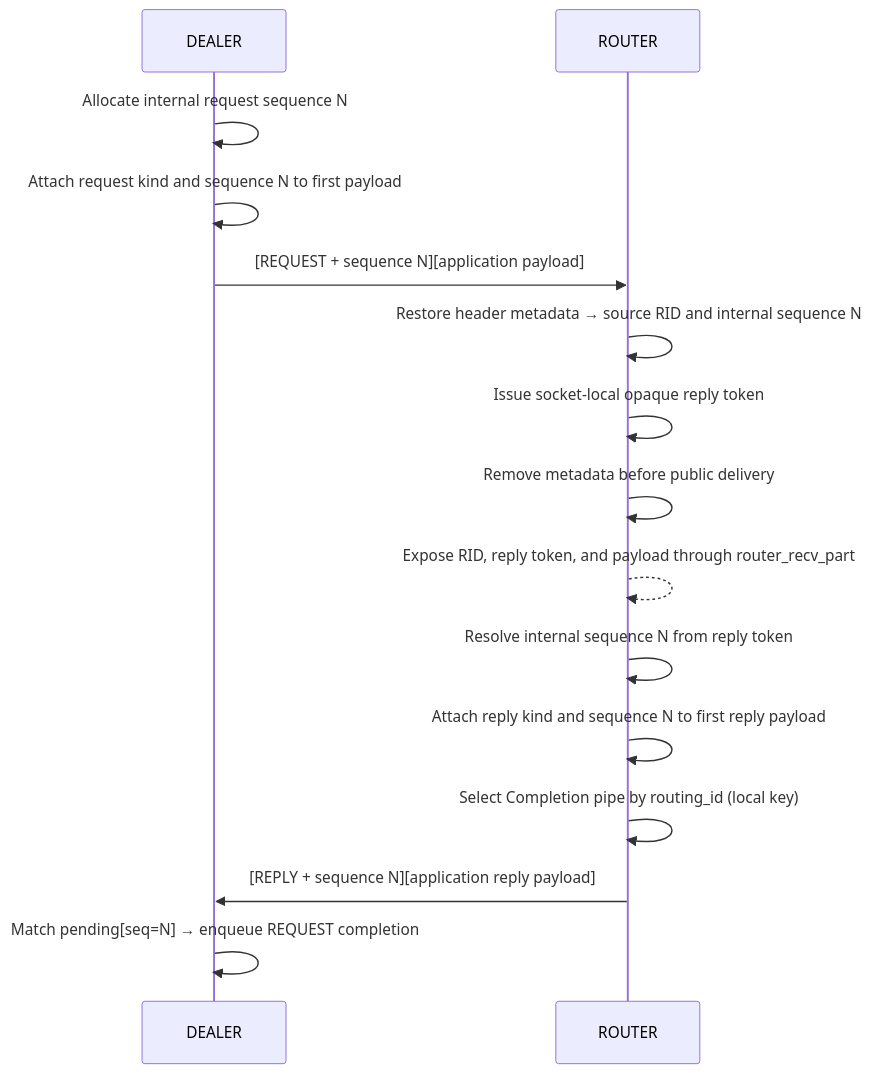
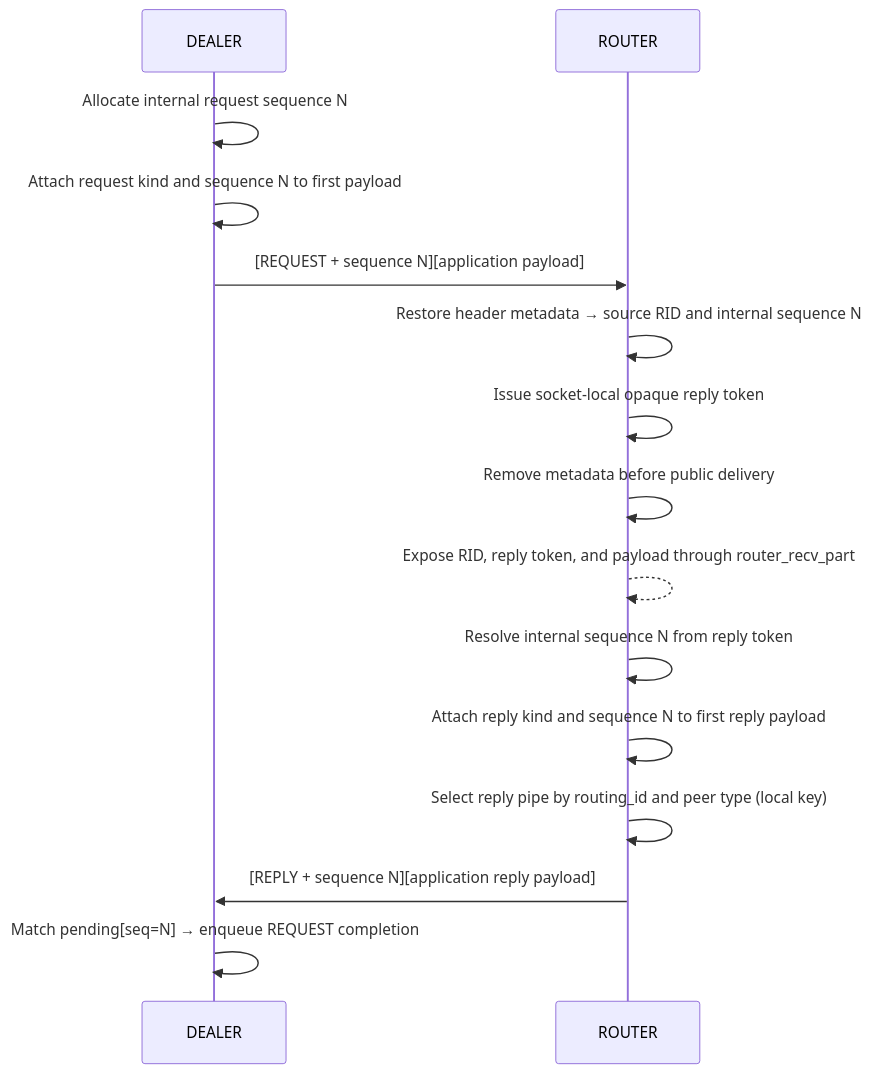
Before and after one commit to zlink-systems/zlink: the second of 2 diagrams in core/doc/spec/core/protocol/01-zmp.en.md, drawn with Mermaid. The commit also changed other lines of this file and 69 other files, not shown here.

````diff
--- a/core/doc/spec/core/protocol/01-zmp.en.md
+++ b/core/doc/spec/core/protocol/01-zmp.en.md
@@ -276,18 +311,18 @@
 ```mermaid
 sequenceDiagram
     participant D as DEALER
     participant R as ROUTER
 
     D->>D: Allocate internal request sequence N
     D->>D: Attach request kind and sequence N to first payload
     D->>R: [REQUEST + sequence N][application payload]
     R->>R: Restore header metadata → source RID and internal sequence N
     R->>R: Issue socket-local opaque reply token
     R->>R: Remove metadata before public delivery
     R-->>R: Expose RID, reply token, and payload through router_recv_part
     R->>R: Resolve internal sequence N from reply token
     R->>R: Attach reply kind and sequence N to first reply payload
-    R->>R: Select Completion pipe by routing_id (local key)
+    R->>R: Select reply pipe by routing_id and peer type (local key)
     R->>D: [REPLY + sequence N][application reply payload]
     D->>D: Match pending[seq=N] → enqueue REQUEST completion
 ```
````
